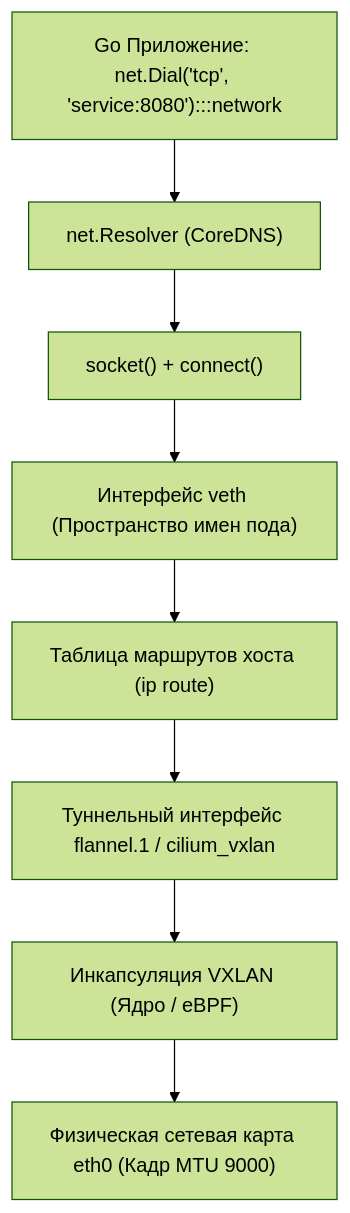
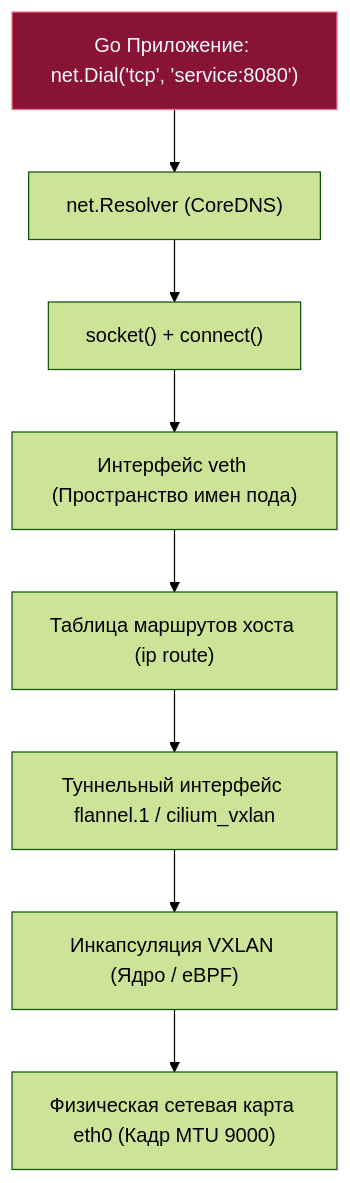
The fifth of 5 diagrams in sources/3. Компьютерные сети и сетевой стек/9. VLAN, VXLAN и сегментация сети.md (UnrealTemplier/go-textbook-ru), drawn with Mermaid (forest theme) before and after one commit. The commit also changed other lines of this file and 166 other files, not shown here.

First line of the commit message:
fix(mermaid): move :::class out of quoted node labels

````diff
--- a/sources/3. Компьютерные сети и сетевой стек/9. VLAN, VXLAN и сегментация сети.md
+++ b/sources/3. Компьютерные сети и сетевой стек/9. VLAN, VXLAN и сегментация сети.md
@@ -247,20 +247,20 @@
 ```mermaid
 flowchart TD
     classDef process  fill:#1e293b,stroke:#38bdf8,stroke-width:1px,color:#f8fafc
     classDef success  fill:#064e3b,stroke:#34d399,stroke-width:1px,color:#f8fafc
     classDef error    fill:#7f1d1d,stroke:#f87171,stroke-width:1px,color:#f8fafc
     classDef warning  fill:#78350f,stroke:#fbbf24,stroke-width:1px,color:#f8fafc
     classDef entry    fill:#1e3a5f,stroke:#38bdf8,stroke-width:2px,color:#f8fafc
     classDef aux      fill:#334155,stroke:#64748b,stroke-width:1px,color:#f8fafc
     classDef system   fill:#312e81,stroke:#a78bfa,stroke-width:1px,color:#f8fafc
     classDef data     fill:#132d29,stroke:#2dd4bf,stroke-width:1px,color:#f8fafc
     classDef network  fill:#881337,stroke:#fb7185,stroke-width:1px,color:#f8fafc
     classDef accent   fill:#1e1b4b,stroke:#818cf8,stroke-width:1px,color:#f8fafc
-    GoApp["Go Приложение: net.Dial('tcp', 'service:8080'):::network"] --> NetResolver["net.Resolver (CoreDNS)"]
+    GoApp["Go Приложение: net.Dial('tcp', 'service:8080')"]:::network --> NetResolver["net.Resolver (CoreDNS)"]
     NetResolver --> Syscall["socket() + connect()"]
     Syscall --> VethPair["Интерфейс veth (Пространство имен пода)"]
     VethPair --> HostRouting["Таблица маршрутов хоста (ip route)"]
     HostRouting --> TunnelDev["Туннельный интерфейс flannel.1 / cilium_vxlan"]
     TunnelDev --> Netfilter["Инкапсуляция VXLAN (Ядро / eBPF)"]
     Netfilter --> PhysNIC["Физическая сетевая карта eth0 (Кадр MTU 9000)"]
 ```
````
